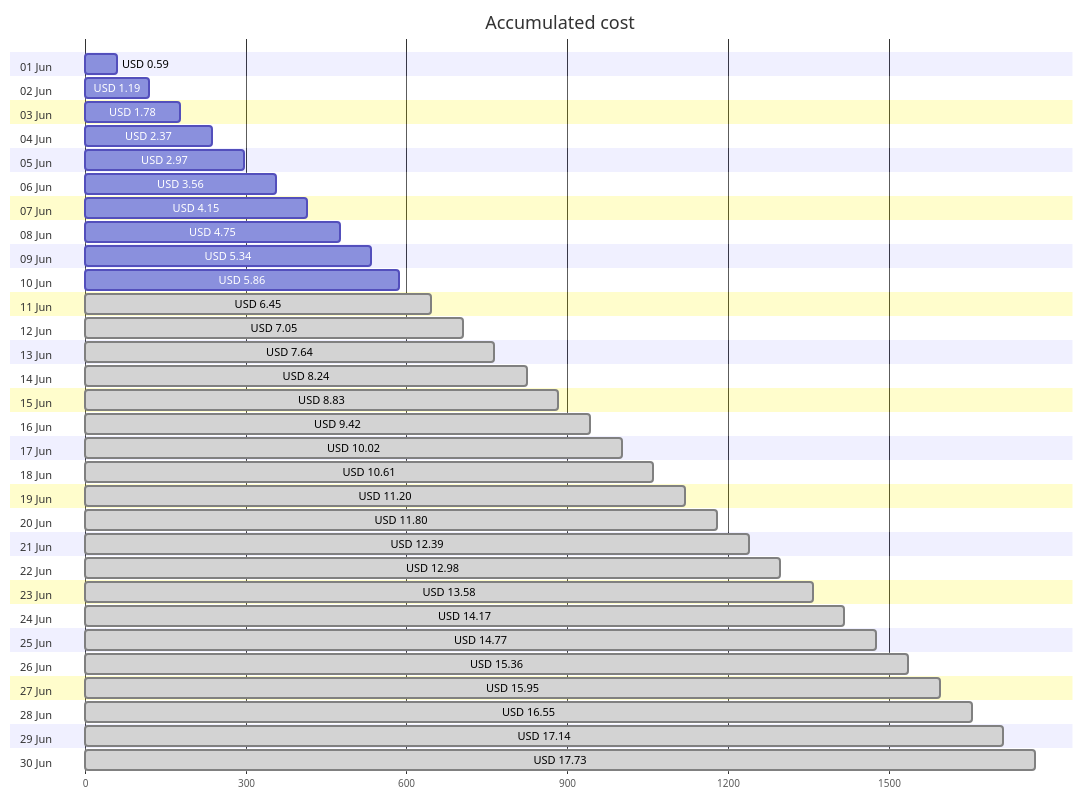
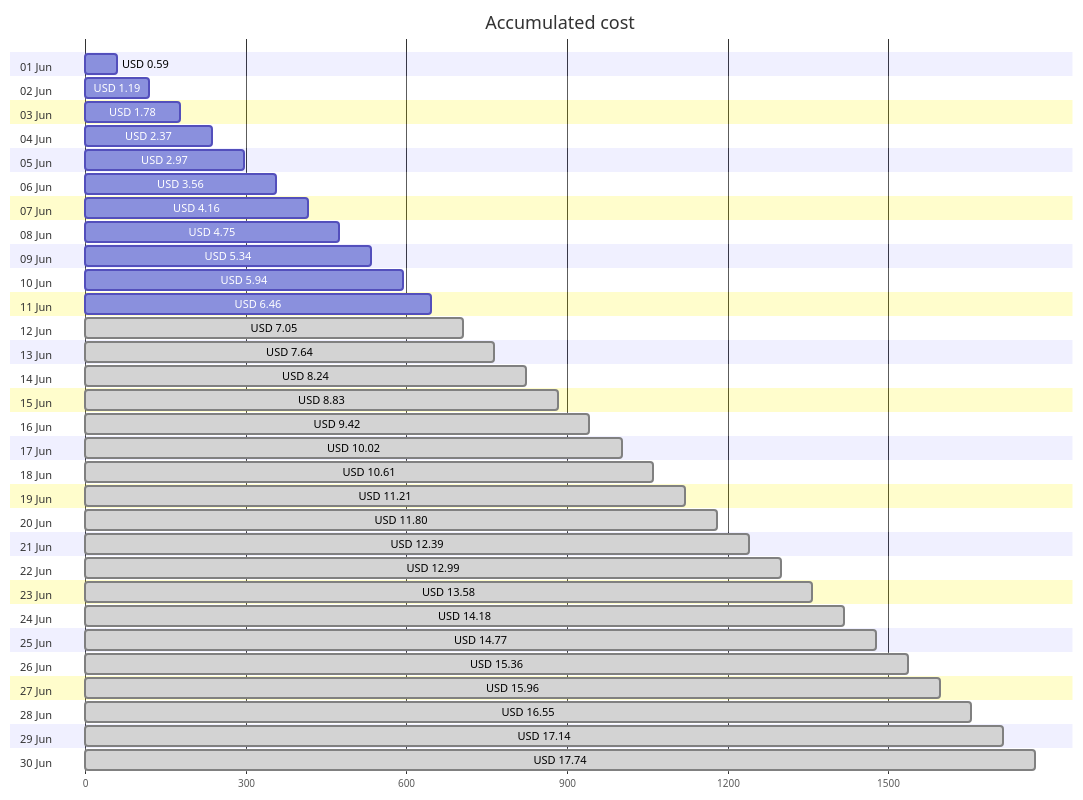
One commit to jpfulton/azure-personal-reports changed the first of 4 diagrams in cost-reports/personal-site/README.md. Above: the diagram before and after it, drawn with Mermaid. The commit also changed other lines of this file and 6 other files, not shown here.

````diff
--- a/cost-reports/personal-site/README.md
+++ b/cost-reports/personal-site/README.md
@@ -20,66 +20,66 @@
 ```mermaid
 gantt
    title Accumulated cost
    dateFormat  X
    axisFormat %s
    section 01 Jun
    USD 0.59 :0, 59
    section 02 Jun
    USD 1.19 :0, 119
    section 03 Jun
    USD 1.78 :0, 178
    section 04 Jun
    USD 2.37 :0, 237
    section 05 Jun
    USD 2.97 :0, 297
    section 06 Jun
    USD 3.56 :0, 356
    section 07 Jun
-   USD 4.15 :0, 415
+   USD 4.16 :0, 416
    section 08 Jun
    USD 4.75 :0, 475
    section 09 Jun
    USD 5.34 :0, 534
    section 10 Jun
-   USD 5.86 :0, 586
+   USD 5.94 :0, 594
    section 11 Jun
-   USD 6.45 : done, 0, 645
+   USD 6.46 :0, 646
    section 12 Jun
    USD 7.05 : done, 0, 705
    section 13 Jun
    USD 7.64 : done, 0, 764
    section 14 Jun
    USD 8.24 : done, 0, 824
    section 15 Jun
    USD 8.83 : done, 0, 883
    section 16 Jun
    USD 9.42 : done, 0, 942
    section 17 Jun
    USD 10.02 : done, 0, 1002
    section 18 Jun
    USD 10.61 : done, 0, 1061
    section 19 Jun
-   USD 11.20 : done, 0, 1120
+   USD 11.21 : done, 0, 1121
    section 20 Jun
    USD 11.80 : done, 0, 1180
    section 21 Jun
    USD 12.39 : done, 0, 1239
    section 22 Jun
-   USD 12.98 : done, 0, 1298
+   USD 12.99 : done, 0, 1299
    section 23 Jun
    USD 13.58 : done, 0, 1358
    section 24 Jun
-   USD 14.17 : done, 0, 1417
+   USD 14.18 : done, 0, 1418
    section 25 Jun
    USD 14.77 : done, 0, 1477
    section 26 Jun
    USD 15.36 : done, 0, 1536
    section 27 Jun
-   USD 15.95 : done, 0, 1595
+   USD 15.96 : done, 0, 1596
    section 28 Jun
    USD 16.55 : done, 0, 1655
    section 29 Jun
    USD 17.14 : done, 0, 1714
    section 30 Jun
-   USD 17.73 : done, 0, 1773
+   USD 17.74 : done, 0, 1774
 ```
````
